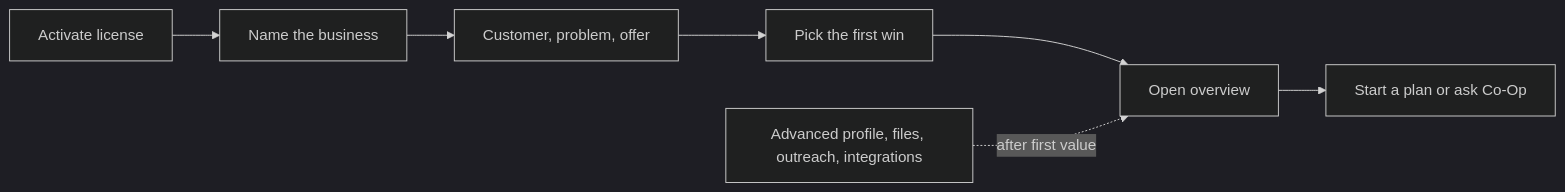
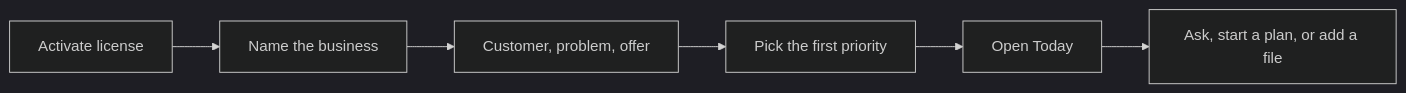
Before and after one commit to Afnanksalal/co-op: the first of 2 diagrams in docs/PRODUCT_POSITIONING.md, drawn with Mermaid (dark theme). The commit also changed other lines of this file and 44 other files, not shown here.

````diff
--- a/docs/PRODUCT_POSITIONING.md
+++ b/docs/PRODUCT_POSITIONING.md
@@ -45,10 +90,8 @@
 ```mermaid
 flowchart LR
-  Activate["Activate license"] --> Basics["Name the business"]
-  Basics --> Customer["Customer, problem, offer"]
-  Customer --> FirstWin["Pick the first win"]
-  FirstWin --> Overview["Open overview"]
-  Overview --> Work["Start a plan or ask Co-Op"]
-
-  Advanced["Advanced profile, files, outreach, integrations"] -. "after first value" .-> Overview
+  Activate["Activate license"] --> Business["Name the business"]
+  Business --> Basics["Customer, problem, offer"]
+  Basics --> Priority["Pick the first priority"]
+  Priority --> Today["Open Today"]
+  Today --> Action["Ask, start a plan, or add a file"]
 ```
````
